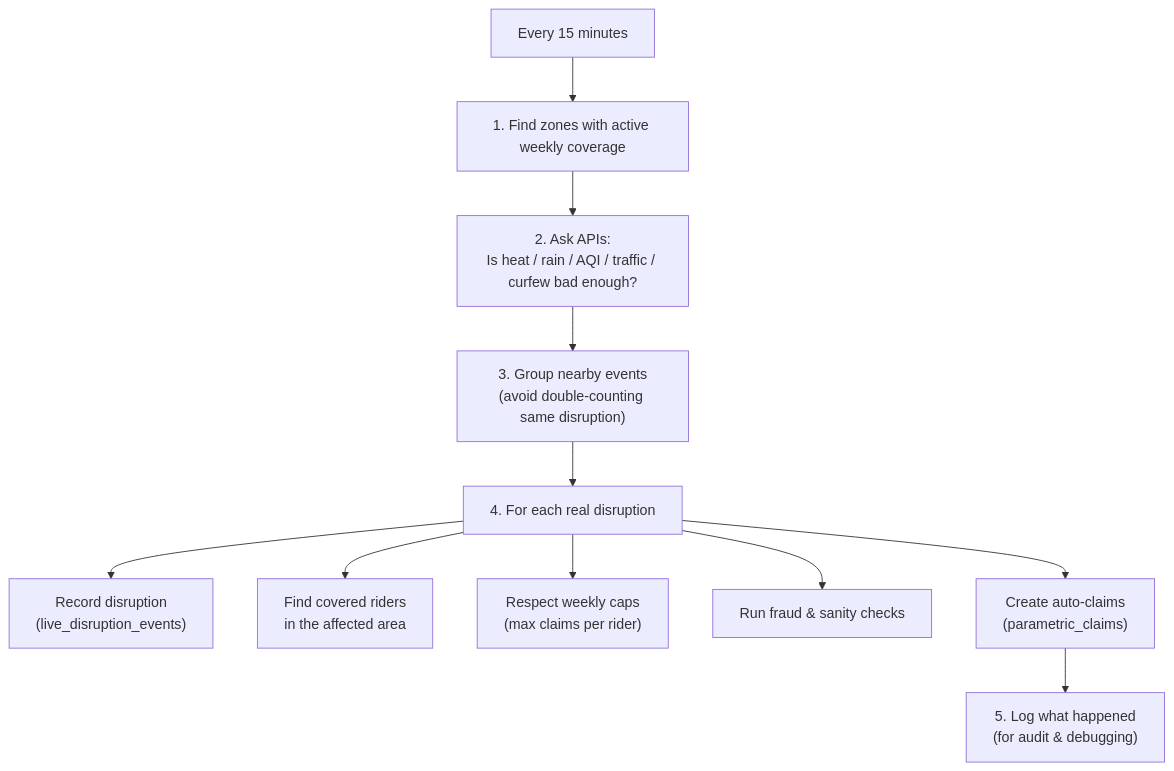
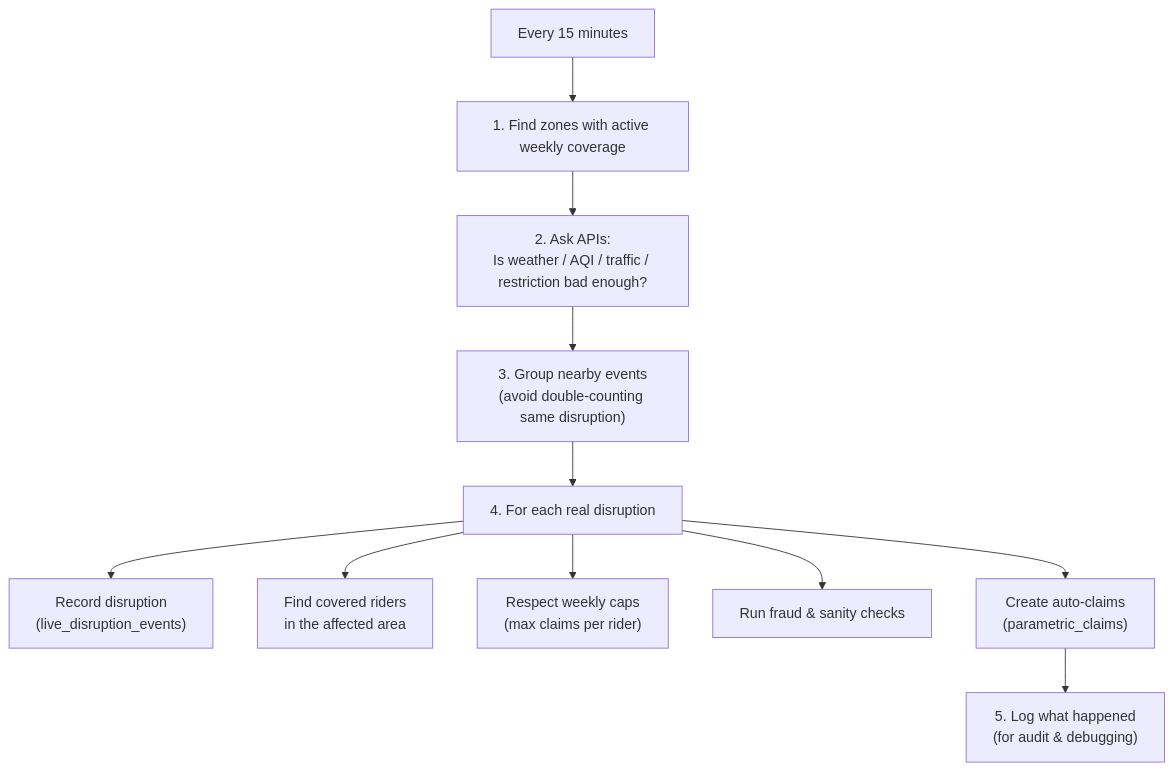
One commit to lohitkolluri/Oasis changed the fourth of 4 diagrams in Docs/src/content/docs/architecture.mdx. Above: the diagram before and after it, drawn with Mermaid. The commit also changed other lines of this file and 20 other files, not shown here.

````diff
--- a/Docs/src/content/docs/architecture.mdx
+++ b/Docs/src/content/docs/architecture.mdx
@@ -83,15 +83,15 @@
 ```mermaid
 flowchart TB
     Start["Every 15 minutes"] --> Z["1. Find zones with active weekly coverage"]
-    Z --> T["2. Ask APIs:\nIs heat / rain / AQI / traffic / curfew bad enough?"]
+    Z --> T["2. Ask APIs:\nIs weather / AQI / traffic / restriction bad enough?"]
     T --> DD["3. Group nearby events\n(avoid double-counting same disruption)"]
 
     DD --> Loop["4. For each real disruption"]
     Loop --> Evt["Record disruption\n(live_disruption_events)"]
     Loop --> Pol["Find covered riders\nin the affected area"]
     Loop --> Cap["Respect weekly caps\n(max claims per rider)"]
     Loop --> Fraud["Run fraud & sanity checks"]
     Loop --> Claims["Create auto-claims\n(parametric_claims)"]
 
     Claims --> Log["5. Log what happened\n(for audit & debugging)"]
 ```
````
